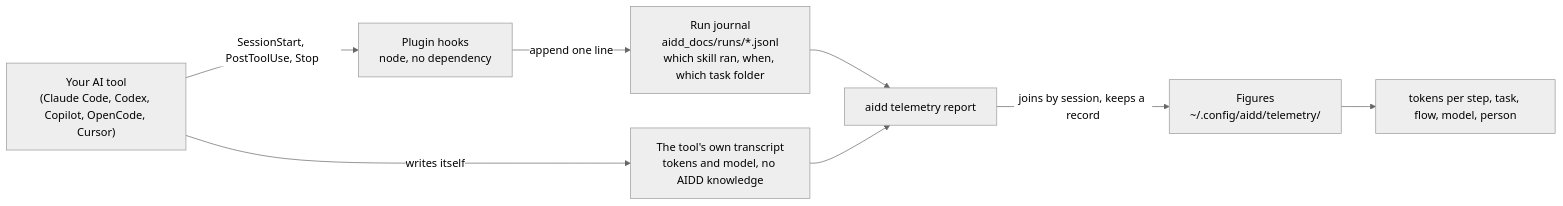
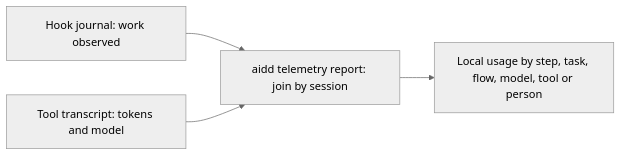
One commit to ai-driven-dev/framework changed the diagram in plugins/aidd-telemetry/README.md. Above: the diagram before and after it, drawn with Mermaid (neutral theme). The commit also changed other lines of this file and 2 other files, not shown here.

First line of the commit message:
docs(framework): clarify architecture and telemetry for all readers

````diff
--- a/plugins/aidd-telemetry/README.md
+++ b/plugins/aidd-telemetry/README.md
@@ -27,16 +27,6 @@
 ```mermaid
 flowchart LR
-  Tool["Your AI tool<br/>(Claude Code, Codex, Copilot, OpenCode, Cursor)"]
-  Hooks["Plugin hooks<br/>node, no dependency"]
-  Journal["Run journal<br/>aidd_docs/runs/*.jsonl<br/>which skill ran, when, which task folder"]
-  Transcript["The tool's own transcript<br/>tokens and model, no AIDD knowledge"]
-  CLI["aidd telemetry report"]
-  Store["Figures<br/>~/.config/aidd/telemetry/"]
-  Answer["tokens per step, task, flow, model, person"]
-
-  Tool -->|"SessionStart, PostToolUse, Stop"| Hooks -->|append one line| Journal
-  Tool -->|writes itself| Transcript
-  Journal --> CLI
-  Transcript --> CLI
-  CLI -->|joins by session, keeps a record| Store --> Answer
+  Journal["Hook journal: work observed"] --> Report["aidd telemetry report: join by session"]
+  Transcript["Tool transcript: tokens and model"] --> Report
+  Report --> Results["Local usage by step, task, flow, model, tool or person"]
 ```
````
